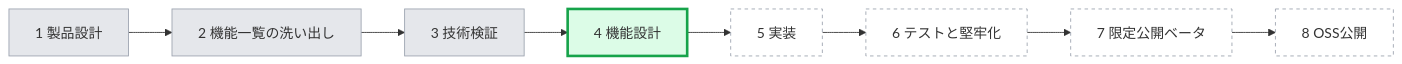
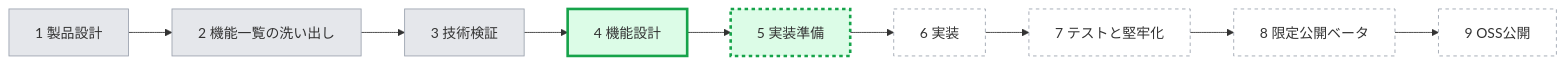
The first of 2 diagrams in TODO.md (mgmaru/algo-loom), drawn with Mermaid before and after one commit. The commit also changed other lines of this file, not shown here.

First line of the commit message:
docs: TODOへ工程5「実装準備」と関連TODOを追加

````diff
--- a/TODO.md
+++ b/TODO.md
@@ -32,14 +33,16 @@
 ```mermaid
 flowchart LR
     S1[1 製品設計] --> S2[2 機能一覧の洗い出し] --> S3[3 技術検証] --> S4[4 機能設計]
-    S4 --> S5[5 実装] --> S6[6 テストと堅牢化] --> S7[7 限定公開ベータ] --> S8[8 OSS公開]
+    S4 --> S5[5 実装準備] --> S6[6 実装] --> S7[7 テストと堅牢化]
+    S7 --> S8[8 限定公開ベータ] --> S9[9 OSS公開]
 
     style S1 fill:#e5e7eb,stroke:#9ca3af
     style S2 fill:#e5e7eb,stroke:#9ca3af
     style S3 fill:#e5e7eb,stroke:#9ca3af
     style S4 fill:#dcfce7,stroke:#16a34a,stroke-width:3px
-    style S5 fill:#ffffff,stroke:#9ca3af,stroke-dasharray: 4 4
+    style S5 fill:#dcfce7,stroke:#16a34a,stroke-width:3px,stroke-dasharray: 4 4
     style S6 fill:#ffffff,stroke:#9ca3af,stroke-dasharray: 4 4
     style S7 fill:#ffffff,stroke:#9ca3af,stroke-dasharray: 4 4
     style S8 fill:#ffffff,stroke:#9ca3af,stroke-dasharray: 4 4
+    style S9 fill:#ffffff,stroke:#9ca3af,stroke-dasharray: 4 4
 ```
````
